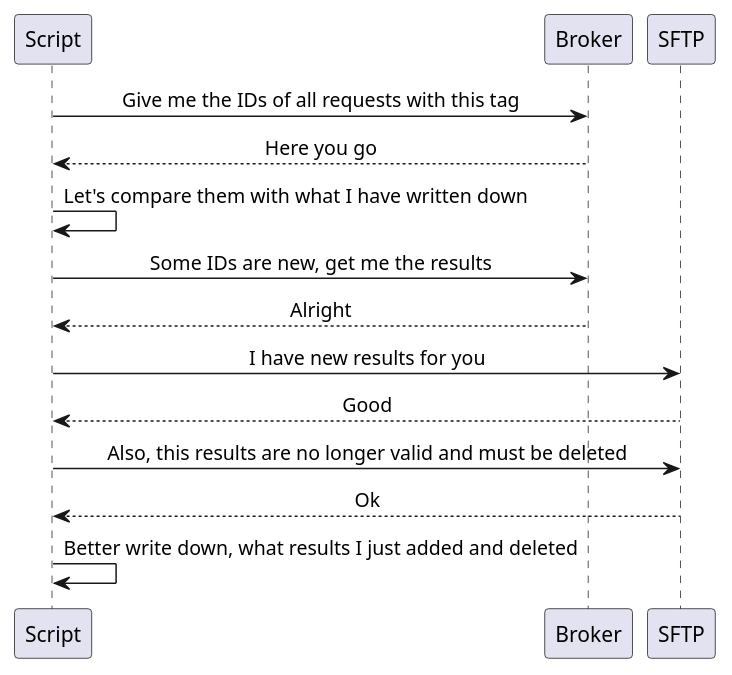
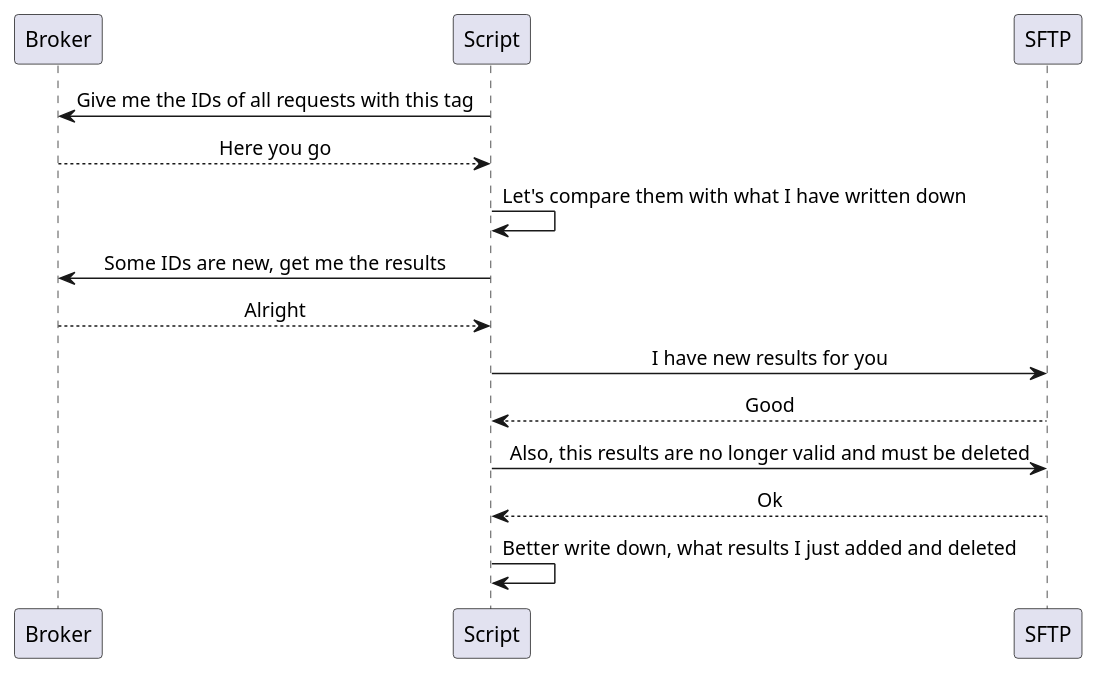
Before and after one commit to aktin/broker-sftp-uploader: the diagram in docs/sequence.puml, drawn with PlantUML. The commit also changed 2 other files, not shown here.

```diff
--- a/docs/sequence.puml
+++ b/docs/sequence.puml
@@ -1,20 +1,24 @@
 @startuml
 skinparam sequenceMessageAlign center
+
+participant Broker
+participant Script
+participant SFTP
 
 Script -> Broker : Give me the IDs of all requests with this tag
 Script <-- Broker : Here you go
 
 Script -> Script : Let's compare them with what I have written down
 
 Script -> Broker : Some IDs are new, get me the results
 Script <-- Broker : Alright
 
 Script -> SFTP : I have new results for you
 Script <-- SFTP : Good
 
 Script -> SFTP : Also, this results are no longer valid and must be deleted
 Script <-- SFTP : Ok
 
 Script -> Script : Better write down, what results I just added and deleted
 
 @enduml
```
